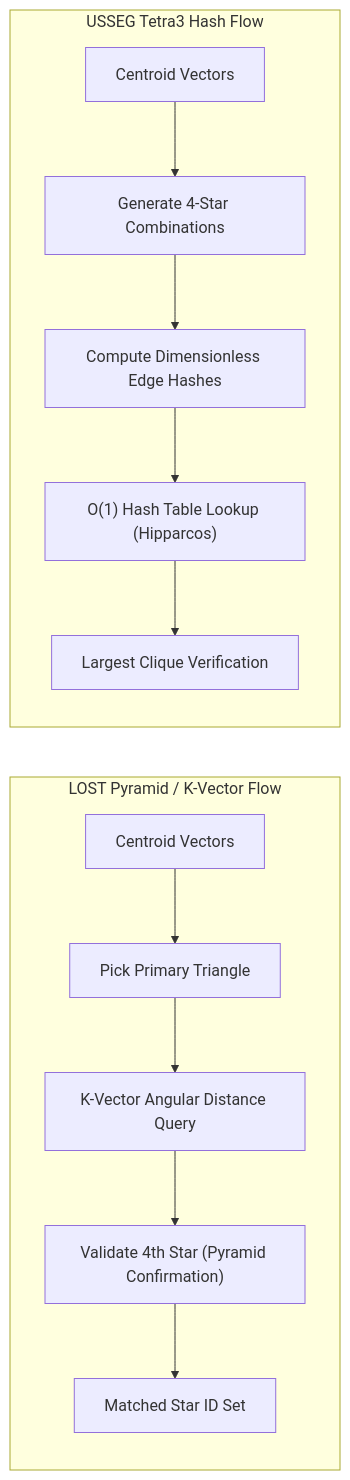
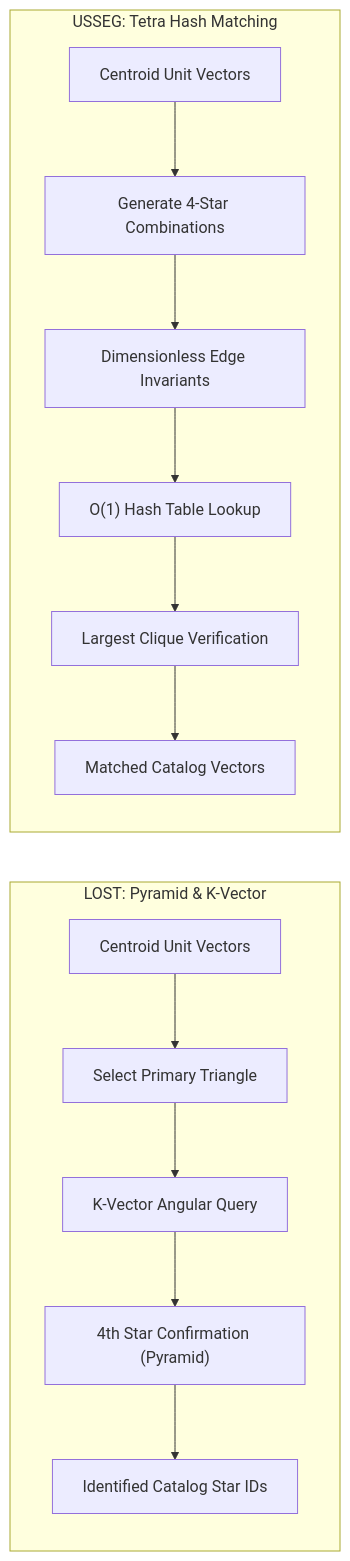
Before and after one commit to itschnmy/usseg_startracker: the third of 4 diagrams in docs/01_system_architecture.md, drawn with Mermaid. The commit also changed other lines of this file and 2 other files, not shown here.

Commit message:
refactor(docs): standardize all mermaid diagrams to high-performance graph LR/TD syntax with balanced layout and zero parse failure

````diff
--- a/docs/01_system_architecture.md
+++ b/docs/01_system_architecture.md
@@ -119,16 +136,30 @@
 ```mermaid
-flowchart LR
-    subgraph LOST_ID["LOST Pyramid / K-Vector Flow"]
-        LP1["Centroid Vectors"] --> LP2["Pick Primary Triangle"]
-        LP2 --> LP3["K-Vector Angular Distance Query"]
-        LP3 --> LP4["Validate 4th Star (Pyramid Confirmation)"]
-        LP4 --> LP5["Matched Star ID Set"]
+graph LR
+    subgraph I1["LOST: Pyramid & K-Vector"]
+        direction TB
+        I1_VEC["Centroid Unit Vectors"]
+        I1_TRI["Select Primary Triangle"]
+        I1_KVEC["K-Vector Angular Query"]
+        I1_CONF["4th Star Confirmation (Pyramid)"]
+        I1_OUT["Identified Catalog Star IDs"]
+        I1_VEC --> I1_TRI
+        I1_TRI --> I1_KVEC
+        I1_KVEC --> I1_CONF
+        I1_CONF --> I1_OUT
     end
 
-    subgraph USSEG_ID["USSEG Tetra3 Hash Flow"]
-        UP1["Centroid Vectors"] --> UP2["Generate 4-Star Combinations"]
-        UP2 --> UP3["Compute Dimensionless Edge Hashes"]
-        UP3 --> UP4["O(1) Hash Table Lookup (Hipparcos)"]
-        UP4 --> UP5["Largest Clique Verification"]
+    subgraph I2["USSEG: Tetra Hash Matching"]
+        direction TB
+        I2_VEC["Centroid Unit Vectors"]
+        I2_COMB["Generate 4-Star Combinations"]
+        I2_HASH["Dimensionless Edge Invariants"]
+        I2_LOOK["O(1) Hash Table Lookup"]
+        I2_VERIF["Largest Clique Verification"]
+        I2_OUT["Matched Catalog Vectors"]
+        I2_VEC --> I2_COMB
+        I2_COMB --> I2_HASH
+        I2_HASH --> I2_LOOK
+        I2_LOOK --> I2_VERIF
+        I2_VERIF --> I2_OUT
     end
 ```
````
